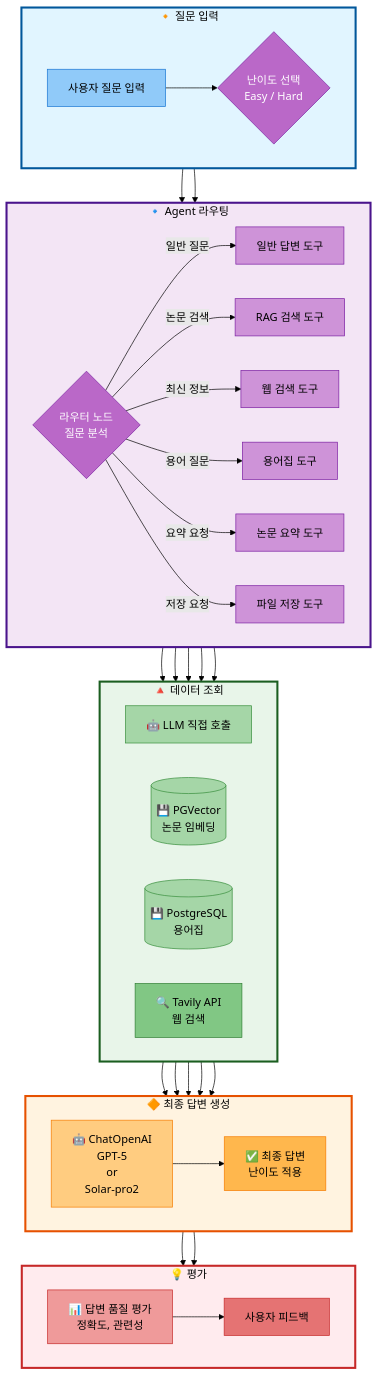
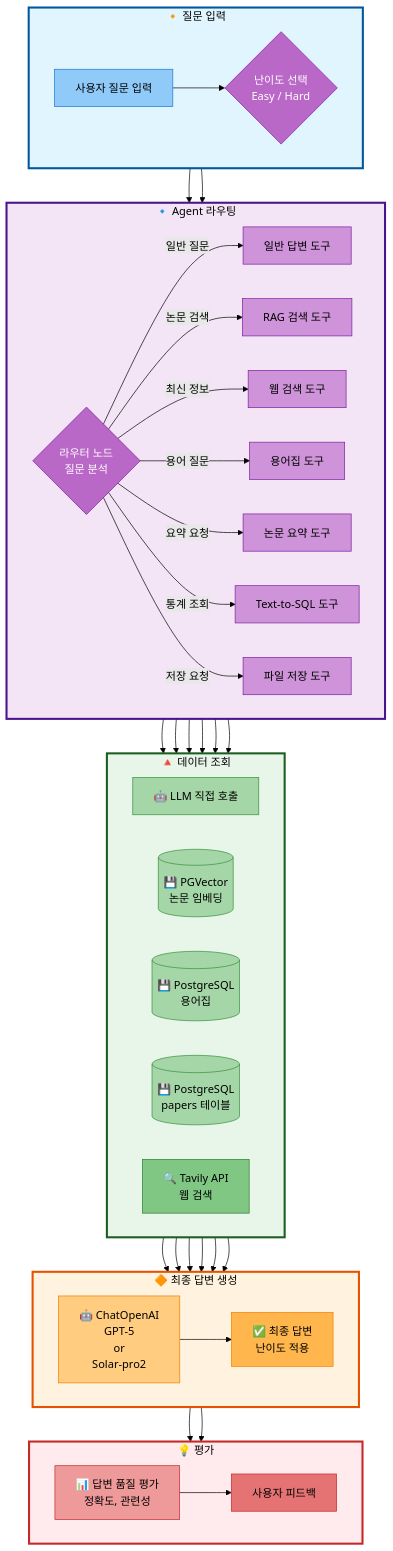
One commit to AIBootcamp14/langchainproject-new-langchainproject_5 changed the second of 2 diagrams in docs/PRD/02_프로젝트_구조.md. Above: the diagram before and after it, drawn with Mermaid (forest theme). The commit also changed other lines of this file, not shown here.

Commit message:
docs: 프로젝트 구조 문서에 Text-to-SQL 도구 추가 (7개 도구로 업데이트)

```diff
--- a/docs/PRD/02_프로젝트_구조.md
+++ b/docs/PRD/02_프로젝트_구조.md
@@ -397,6 +400,7 @@
         Router -->|최신 정보| WebTool[웹 검색 도구]
         Router -->|용어 질문| GlossaryTool[용어집 도구]
         Router -->|요약 요청| SummarizeTool[논문 요약 도구]
+        Router -->|통계 조회| Text2SQLTool[Text-to-SQL 도구]
         Router -->|저장 요청| SaveTool[파일 저장 도구]
     end
 
@@ -405,6 +409,7 @@
         GeneralTool --> LLMDirect[🤖 LLM 직접 호출]
         RAGTool --> VectorDB[(💾 PGVector<br/>논문 임베딩)]
         GlossaryTool --> PostgreSQL[(💾 PostgreSQL<br/>용어집)]
+        Text2SQLTool --> PostgreSQL2[(💾 PostgreSQL<br/>papers 테이블)]
         WebTool --> TavilyAPI[🔍 Tavily API<br/>웹 검색]
     end
 
@@ -413,6 +418,7 @@
         LLMDirect --> LLM["🤖 ChatOpenAI<br>GPT-5<br>or<br>Solar-pro2"]
         VectorDB --> LLM
         PostgreSQL --> LLM
+        PostgreSQL2 --> LLM
         TavilyAPI --> LLM
         LLM --> Answer[✅ 최종 답변<br/>난이도 적용]
     end
@@ -447,12 +453,14 @@
     style WebTool fill:#ce93d8,stroke:#7b1fa2,color:#000
     style GlossaryTool fill:#ce93d8,stroke:#7b1fa2,color:#000
     style SummarizeTool fill:#ce93d8,stroke:#7b1fa2,color:#000
+    style Text2SQLTool fill:#ce93d8,stroke:#7b1fa2,color:#000
     style SaveTool fill:#ce93d8,stroke:#7b1fa2,color:#000
 
     %% 노드 스타일 (데이터 조회 - 녹색 계열)
     style LLMDirect fill:#a5d6a7,stroke:#388e3c,color:#000
     style VectorDB fill:#a5d6a7,stroke:#388e3c,color:#000
     style PostgreSQL fill:#a5d6a7,stroke:#388e3c,color:#000
+    style PostgreSQL2 fill:#a5d6a7,stroke:#388e3c,color:#000
     style TavilyAPI fill:#81c784,stroke:#2e7d32,color:#000
 
     %% 노드 스타일 (답변 생성 - 주황 계열)
```
